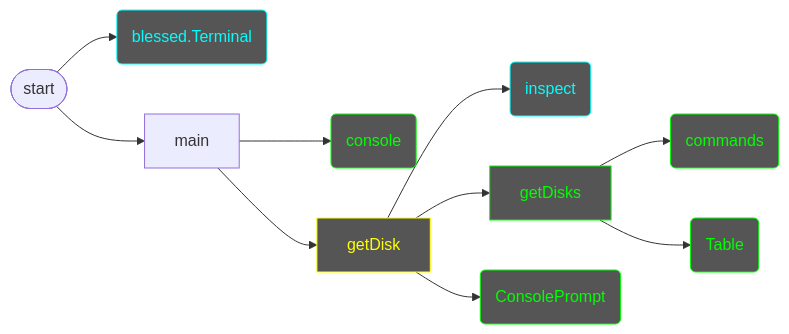
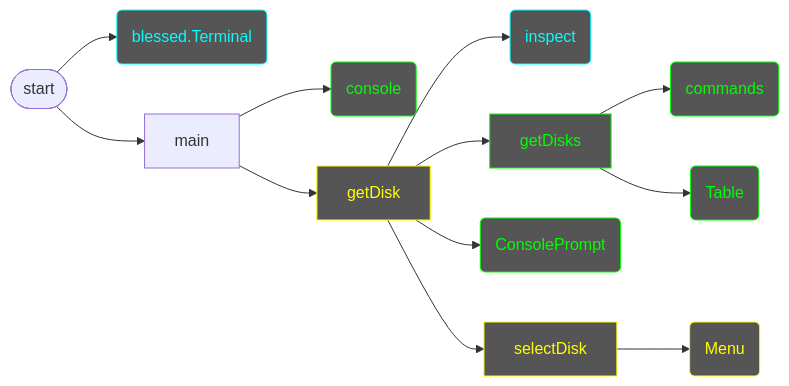
One commit to 7s4e/p3 changed the diagram in scripts/get_disk/design.md. Above: the diagram before and after it, drawn with Mermaid. The commit also changed 5 other files, not shown here.

````diff
--- a/scripts/get_disk/design.md
+++ b/scripts/get_disk/design.md
@@ -2,25 +2,29 @@
 ```mermaid
 flowchart LR
     classDef complete color:#0f0,stroke:#0f0,fill:#555
     classDef working color:#ff0,stroke:#ff0,fill:#555
     classDef library color:#0ff,stroke:#0ff,fill:#555
     IF([start])
         IF --> TRM
         IF --> MAIN
     TRM(blessed.Terminal):::library
     MAIN[main]
         MAIN --> CON
         MAIN --> GD
     CON(console):::complete
     GD[getDisk]:::working
         GD --> INSP
         GD --> GDS
         GD --> CCP
+        GD --> SD
     INSP(inspect):::library
     GDS[getDisks]:::complete
         GDS --> CMD
         GDS --> TBL
+    CCP(ConsolePrompt):::complete
+    SD[selectDisk]:::working
+        SD --> MNU
     CMD(commands):::complete
     TBL(Table):::complete
-    CCP(ConsolePrompt):::complete
+    MNU(Menu):::working
 ```
````
